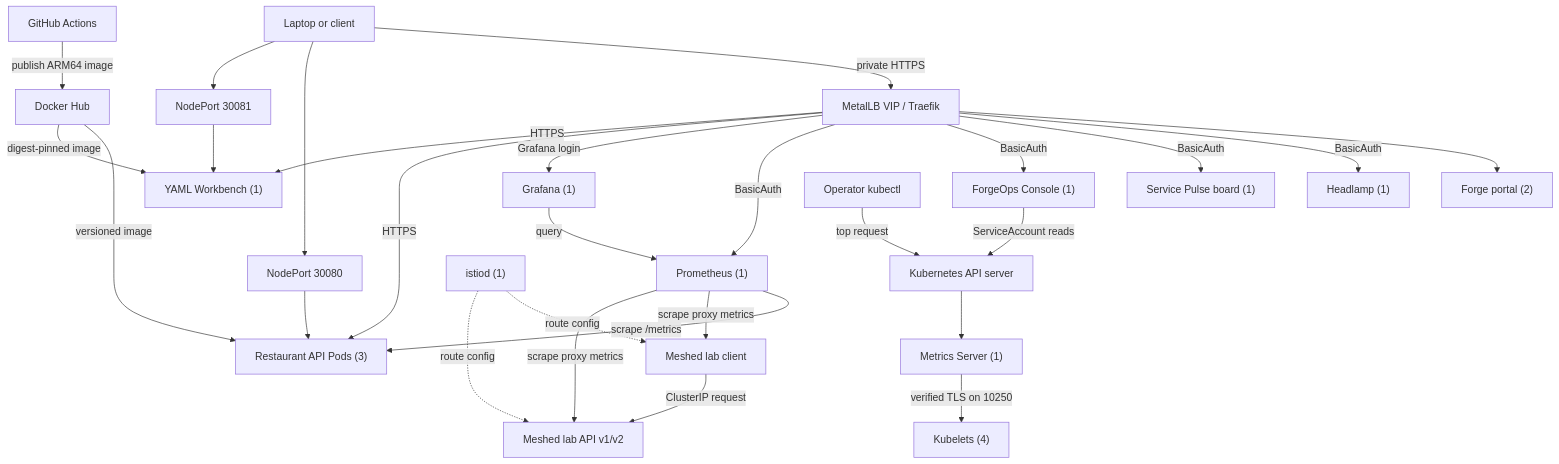
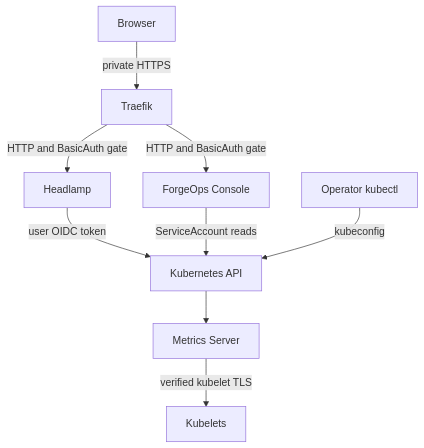
The first of 4 diagrams in docs/architecture.md (wmstipes/The-Foundry-Initiative), drawn with Mermaid before and after one commit. The commit also changed other lines of this file and 31 other files, not shown here.

Commit message:
docs: reconcile architecture, operations, milestones and live wiki

````diff
--- a/docs/architecture.md
+++ b/docs/architecture.md
@@ -18,30 +26,11 @@
 ```mermaid
 flowchart TD
-    Client["Laptop or client"] -->|private HTTPS| Gateway["MetalLB VIP / Traefik"]
-    Gateway --> Portal["Forge portal (2)"]
-    Gateway -->|BasicAuth| Headlamp["Headlamp (1)"]
-    Gateway -->|BasicAuth| Pulse["Service Pulse board (1)"]
-    Gateway -->|BasicAuth| Console["ForgeOps Console (1)"]
+    Browser["Browser"] -->|private HTTPS| Gateway["Traefik"]
+    Gateway -->|HTTP and BasicAuth gate| Headlamp["Headlamp"]
+    Gateway -->|HTTP and BasicAuth gate| Console["ForgeOps Console"]
+    Headlamp -->|user OIDC token| APIServer["Kubernetes API"]
     Console -->|ServiceAccount reads| APIServer
-    Gateway -->|BasicAuth| Prometheus
-    Gateway -->|Grafana login| Grafana
-    Gateway -->|HTTPS| API
-    Gateway -->|HTTPS| Workbench
-    Client --> NodePort["NodePort 30080"]
-    Client --> WorkbenchPort["NodePort 30081"]
-    NodePort --> API["Restaurant API Pods (3)"]
-    WorkbenchPort --> Workbench["YAML Workbench (1)"]
-    Prometheus["Prometheus (1)"] -->|scrape /metrics| API
-    LabClient["Meshed lab client"] -->|ClusterIP request| LabAPI["Meshed lab API v1/v2"]
-    Istiod["istiod (1)"] -.->|route config| LabClient
-    Istiod -.->|route config| LabAPI
-    Prometheus -->|scrape proxy metrics| LabClient
-    Prometheus -->|scrape proxy metrics| LabAPI
-    Grafana["Grafana (1)"] -->|query| Prometheus
-    Operator["Operator kubectl"] -->|top request| APIServer["Kubernetes API server"]
-    APIServer --> MetricsServer["Metrics Server (1)"]
-    MetricsServer -->|verified TLS on 10250| Kubelets["Kubelets (4)"]
-    Actions["GitHub Actions"] -->|publish ARM64 image| Registry["Docker Hub"]
-    Registry -->|versioned image| API
-    Registry -->|digest-pinned image| Workbench
+    Operator["Operator kubectl"] -->|kubeconfig| APIServer
+    APIServer --> MetricsServer["Metrics Server"]
+    MetricsServer -->|verified kubelet TLS| Kubelets["Kubelets"]
 ```
````
